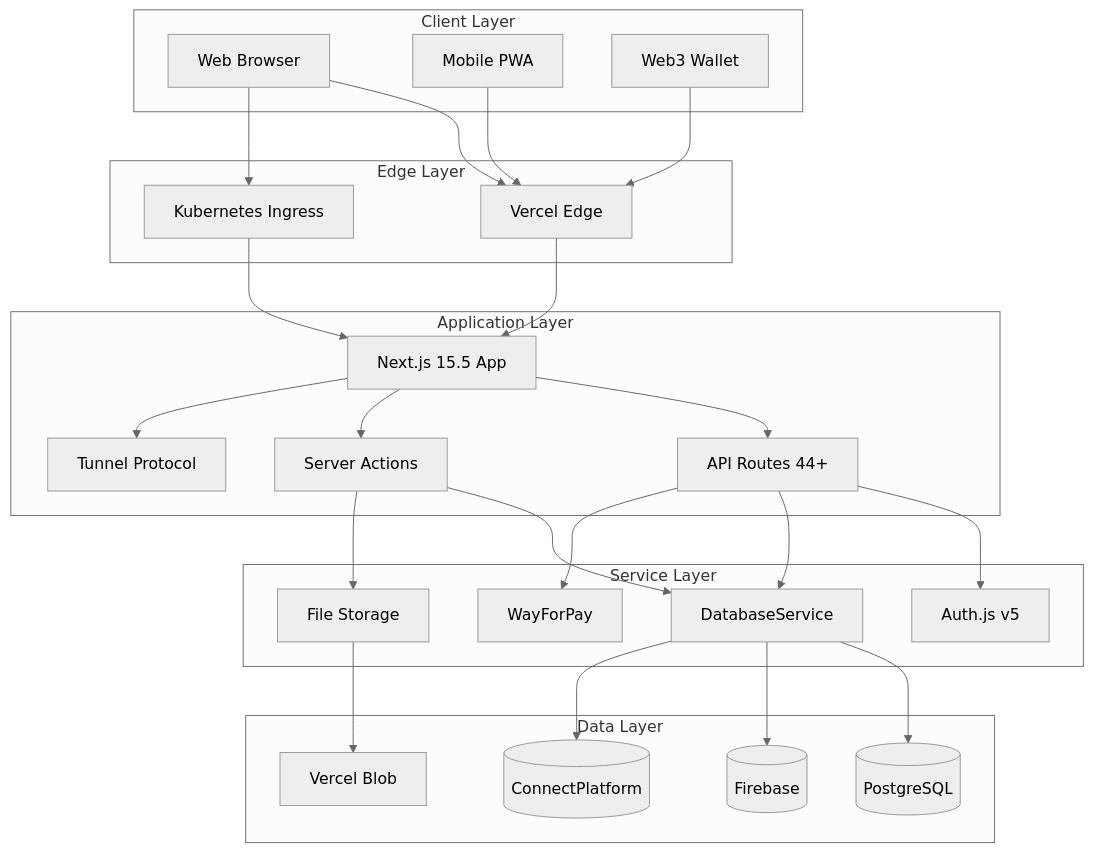
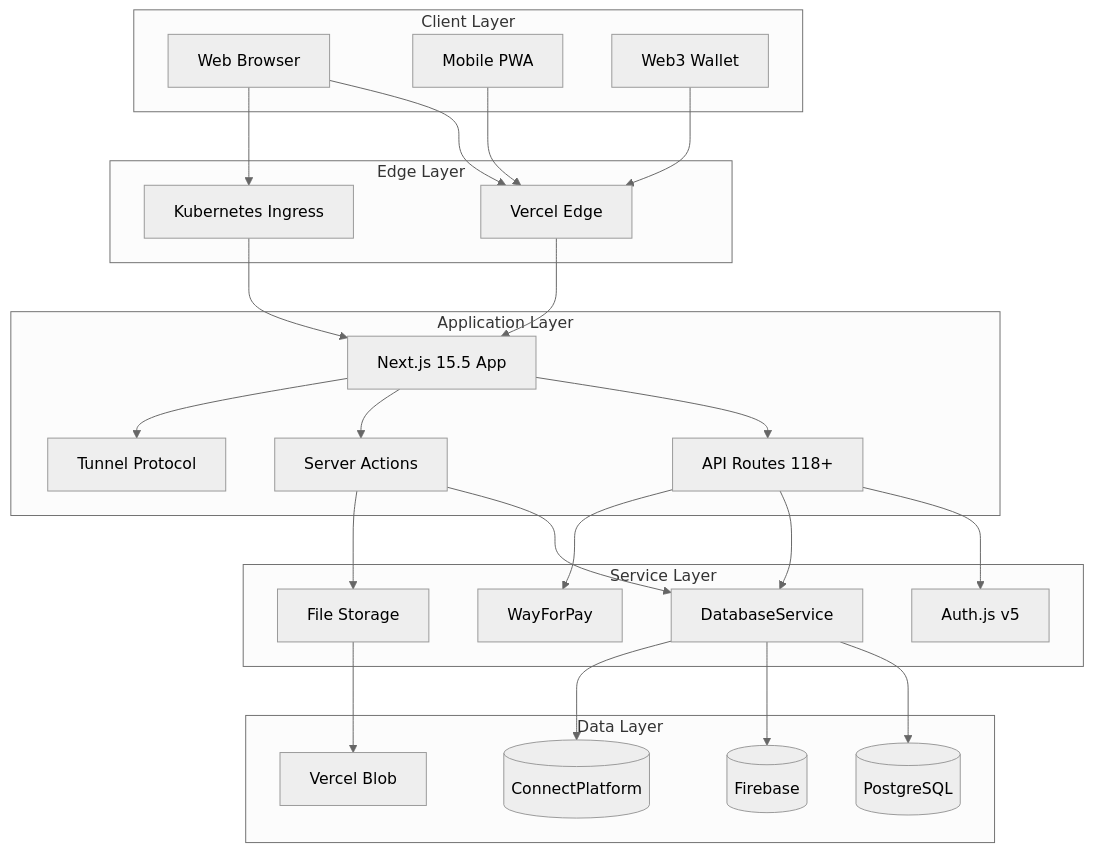
The third of 10 diagrams in README.md (connectplatform/ring), drawn with Mermaid (neutral theme) before and after one commit. The commit also changed other lines of this file and 4 other files, not shown here.

````diff
--- a/README.md
+++ b/README.md
@@ -194,57 +194,57 @@
 ```mermaid
 flowchart TB
     subgraph Client["Client Layer"]
         WEB[Web Browser]
         MOBILE[Mobile PWA]
         WALLET[Web3 Wallet]
     end
     
     subgraph Edge["Edge Layer"]
         VERCEL[Vercel Edge]
         K8S[Kubernetes Ingress]
     end
     
     subgraph App["Application Layer"]
         NEXT[Next.js 15.5 App]
-        API[API Routes 44+]
+        API[API Routes 118+]
         ACTIONS[Server Actions]
         TUNNEL[Tunnel Protocol]
     end
     
     subgraph Services["Service Layer"]
         AUTH[Auth.js v5]
         DB[DatabaseService]
         PAYMENT[WayForPay]
         STORAGE[File Storage]
     end
     
     subgraph Data["Data Layer"]
         PG[(PostgreSQL)]
         FB[(Firebase)]
         CP[(ConnectPlatform)]
         BLOB[Vercel Blob]
     end
     
     WEB --> VERCEL
     MOBILE --> VERCEL
     WALLET --> VERCEL
     WEB --> K8S
     
     VERCEL --> NEXT
     K8S --> NEXT
     
     NEXT --> API
     NEXT --> ACTIONS
     NEXT --> TUNNEL
     
     API --> AUTH
     API --> DB
     API --> PAYMENT
     ACTIONS --> DB
     ACTIONS --> STORAGE
     
     DB --> PG
     DB --> FB
     DB --> CP
     STORAGE --> BLOB
 ```
````
